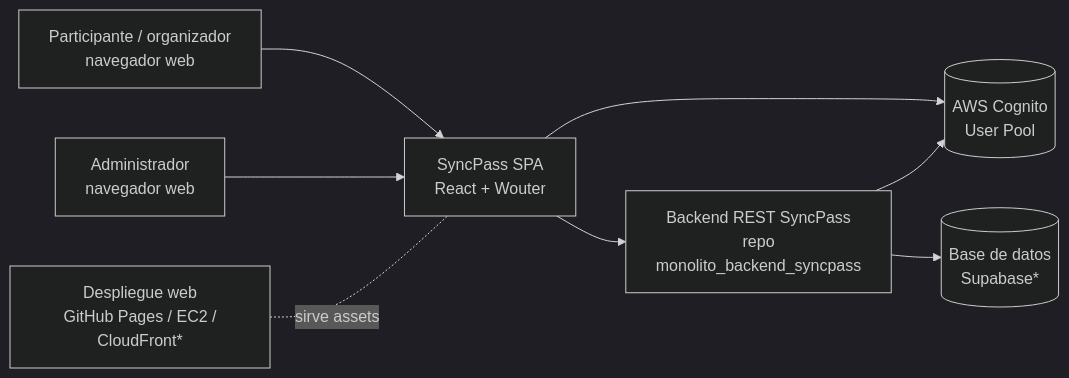
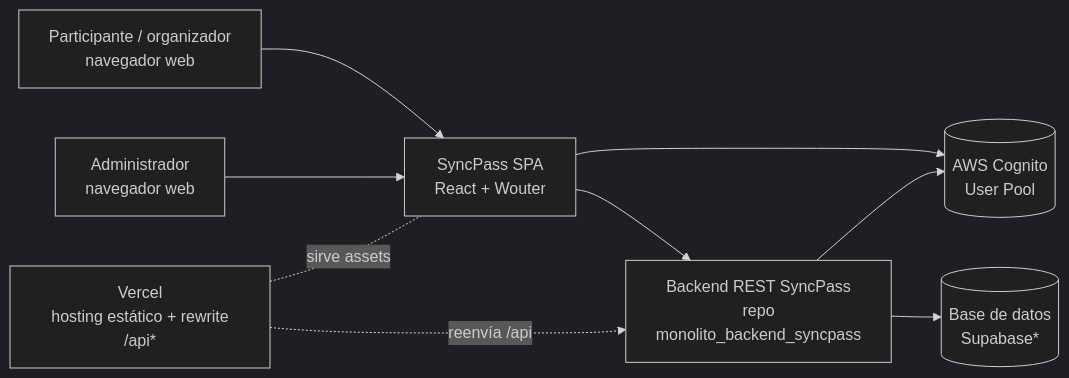
Before and after one commit to BastianGomez-Dc/fullstack2-proyecto-kt: the first of 6 diagrams in docs/ARQUITECTURA.md, drawn with Mermaid (dark theme). The commit also changed other lines of this file and 2 other files, not shown here.

Commit message:
feat: Vercel reenvía /api al backend en EC2
vercel.json agrega el rewrite /api/:path* -> https://syncpass.duckdns.org/api/:path*
antes del fallback del SPA, para que la web y la API compartan origen igual que con
el proxy de Vite en desarrollo (sin CORS ni VITE_API_BASE_URL). README y
ARQUITECTURA.md documentan el despliegue en Vercel.

````diff
--- a/docs/ARQUITECTURA.md
+++ b/docs/ARQUITECTURA.md
@@ -51,10 +51,11 @@
 ```mermaid
 flowchart LR
     U[Participante / organizador\n navegador web] --> SPA[SyncPass SPA\n React + Wouter]
     A[Administrador\n navegador web] --> SPA
     SPA --> C[(AWS Cognito\n User Pool)]
     SPA --> B[Backend REST SyncPass\n repo monolito_backend_syncpass]
     B --> D[(Base de datos\n Supabase*)]
     B --> C
-    O[Despliegue web\n GitHub Pages / EC2 / CloudFront*] -.sirve assets.- SPA
+    O[Vercel\n hosting estático + rewrite /api*] -.sirve assets.- SPA
+    O -. reenvía /api .-> B
 ```
````
